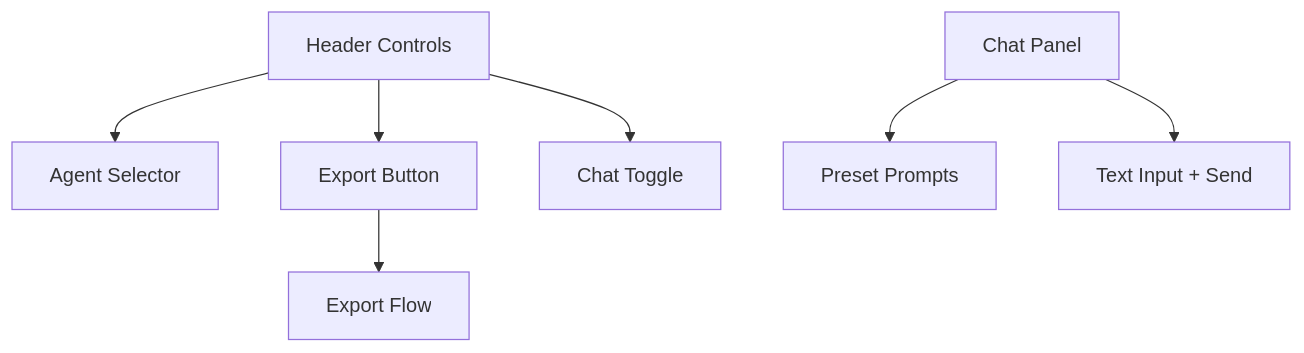
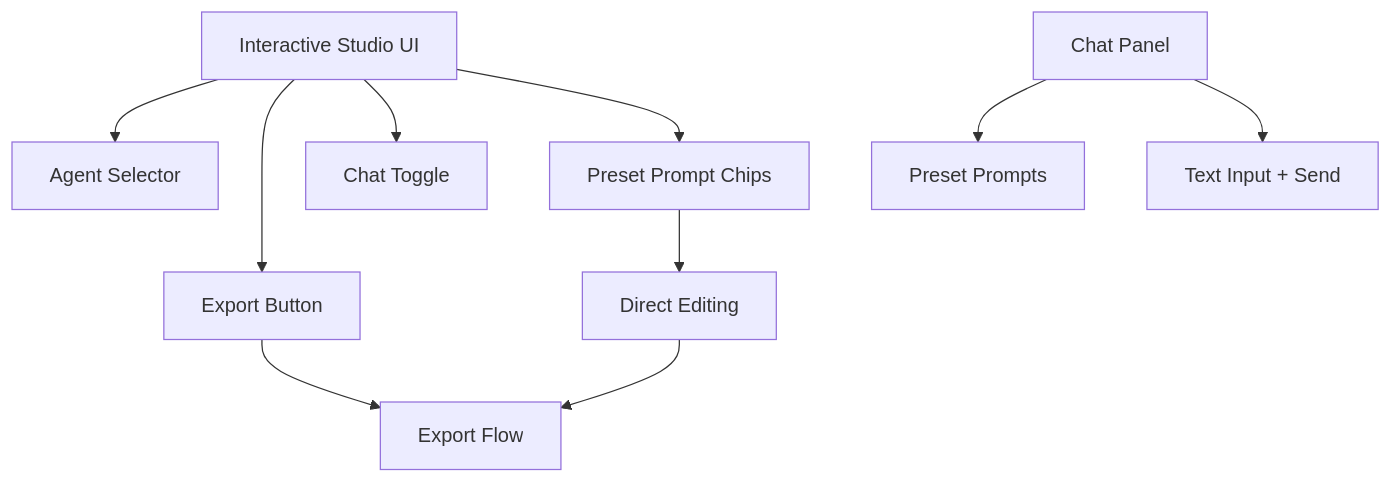
Diagram 13 of 14 in .qoder/repowiki/en/content/Diagram Editor.md (shrekboss/agent-draw-io-front), drawn with Mermaid before and after one commit. The commit also changed other lines of this file and 13 other files, not shown here.

Commit message:
feat(agent-draw-io-front): 优化交互式画图

````diff
--- a/.qoder/repowiki/en/content/Diagram Editor.md
+++ b/.qoder/repowiki/en/content/Diagram Editor.md
@@ -377,9 +579,12 @@
 ```mermaid
 flowchart TD
-UI["Header Controls"] --> AgentSel["Agent Selector"]
+UI["Interactive Studio UI"] --> AgentSel["Agent Selector"]
 UI --> ExportBtn["Export Button"]
 UI --> ChatToggle["Chat Toggle"]
+UI --> PresetChips["Preset Prompt Chips"]
 ChatPanel["Chat Panel"] --> Presets["Preset Prompts"]
 ChatPanel --> Input["Text Input + Send"]
 ExportBtn --> ExportFlow["Export Flow"]
+PresetChips --> DirectFlow["Direct Editing"]
+DirectFlow --> ExportFlow
 ```
````
